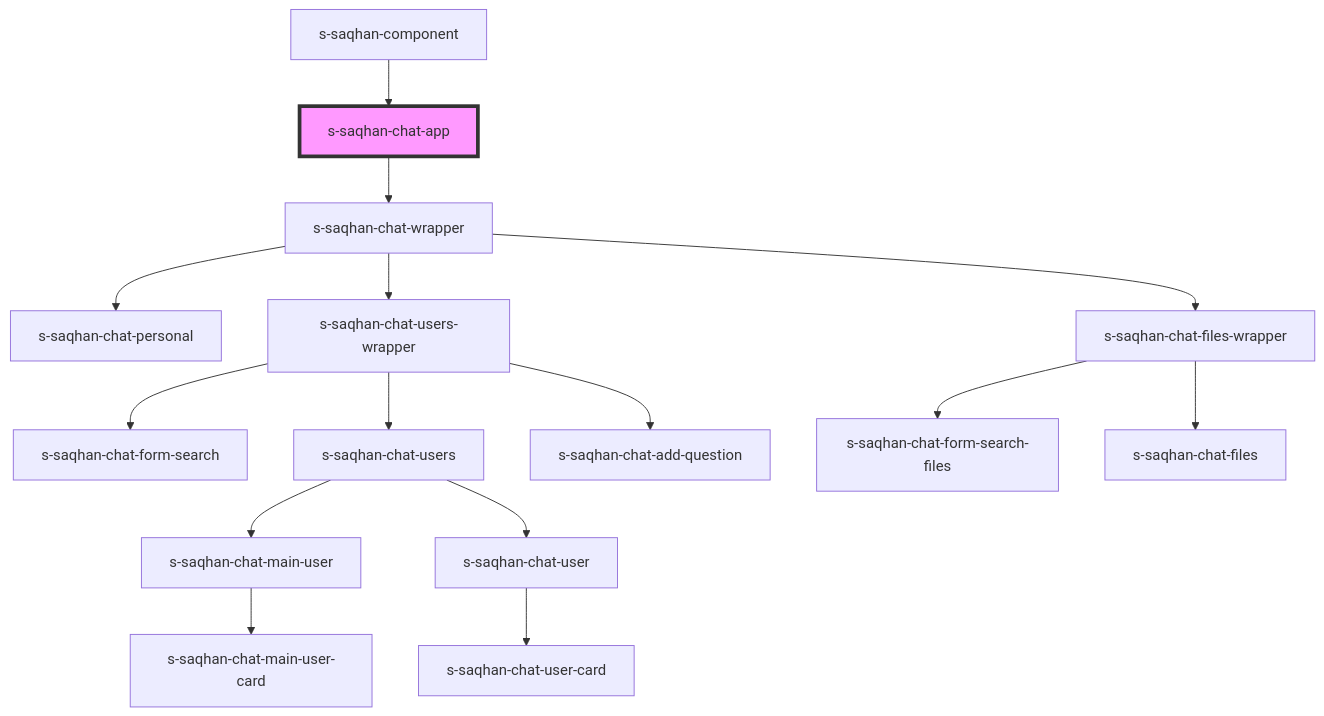
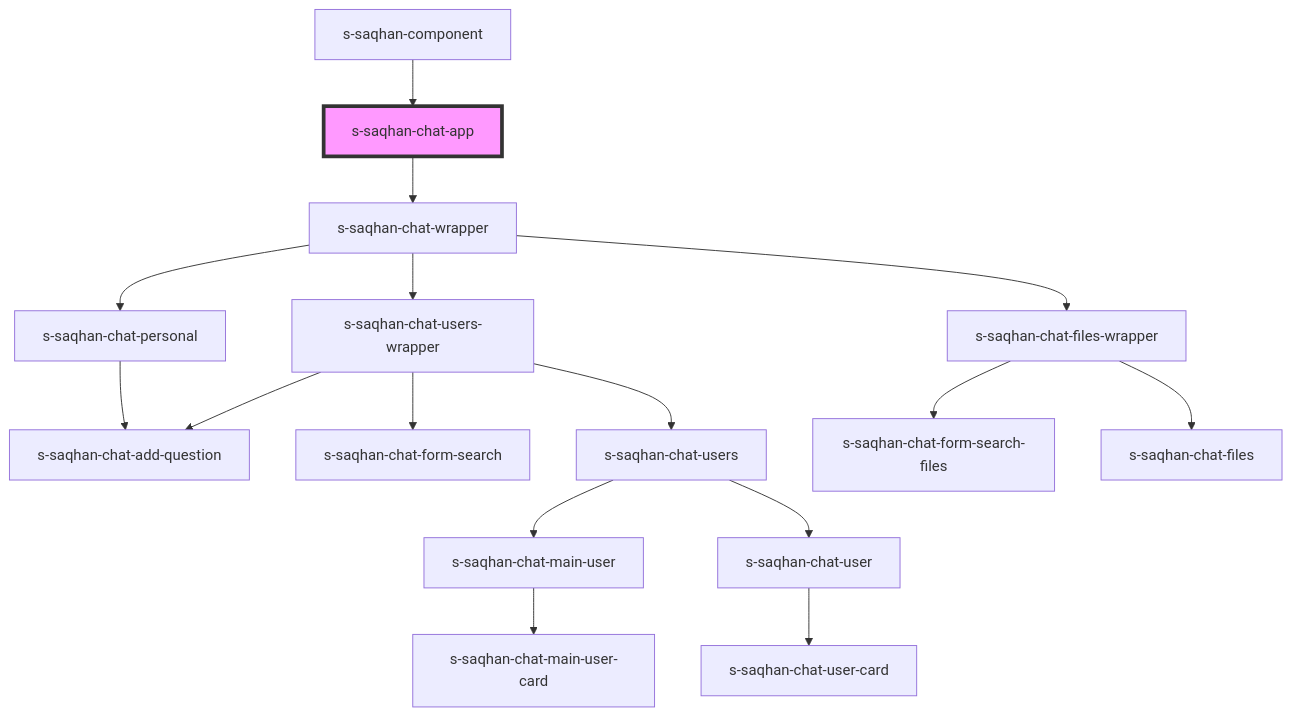
One commit to saqhan/stencil changed the diagram in src/components/s-saqhan-chat-app/readme.md. Above: the diagram before and after it, drawn with Mermaid. The commit also changed 84 other files, not shown here.

````diff
--- a/src/components/s-saqhan-chat-app/readme.md
+++ b/src/components/s-saqhan-chat-app/readme.md
@@ -29,18 +29,19 @@
 ```mermaid
 graph TD;
   s-saqhan-chat-app --> s-saqhan-chat-wrapper
   s-saqhan-chat-wrapper --> s-saqhan-chat-personal
   s-saqhan-chat-wrapper --> s-saqhan-chat-users-wrapper
   s-saqhan-chat-wrapper --> s-saqhan-chat-files-wrapper
+  s-saqhan-chat-personal --> s-saqhan-chat-add-question
   s-saqhan-chat-users-wrapper --> s-saqhan-chat-form-search
   s-saqhan-chat-users-wrapper --> s-saqhan-chat-users
   s-saqhan-chat-users-wrapper --> s-saqhan-chat-add-question
   s-saqhan-chat-users --> s-saqhan-chat-main-user
   s-saqhan-chat-users --> s-saqhan-chat-user
   s-saqhan-chat-main-user --> s-saqhan-chat-main-user-card
   s-saqhan-chat-user --> s-saqhan-chat-user-card
   s-saqhan-chat-files-wrapper --> s-saqhan-chat-form-search-files
   s-saqhan-chat-files-wrapper --> s-saqhan-chat-files
   s-saqhan-component --> s-saqhan-chat-app
   style s-saqhan-chat-app fill:#f9f,stroke:#333,stroke-width:4px
 ```
````
